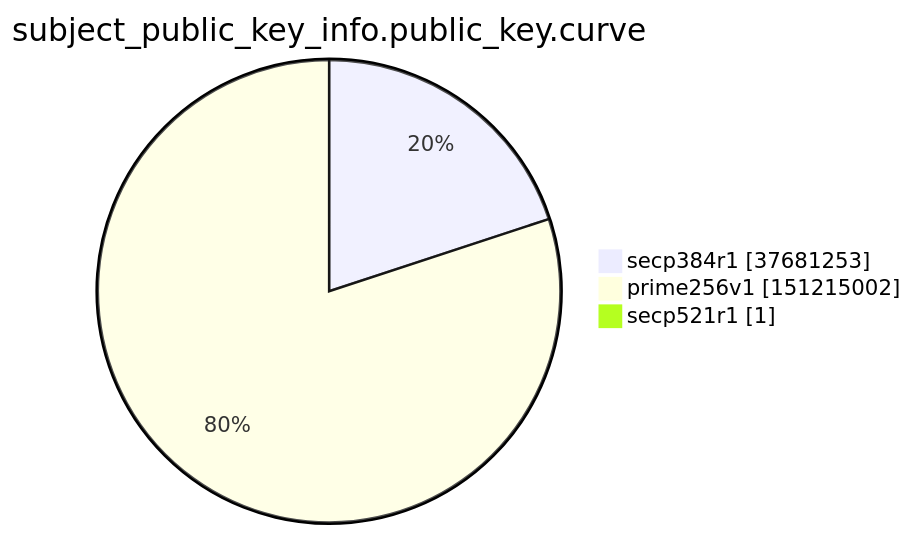
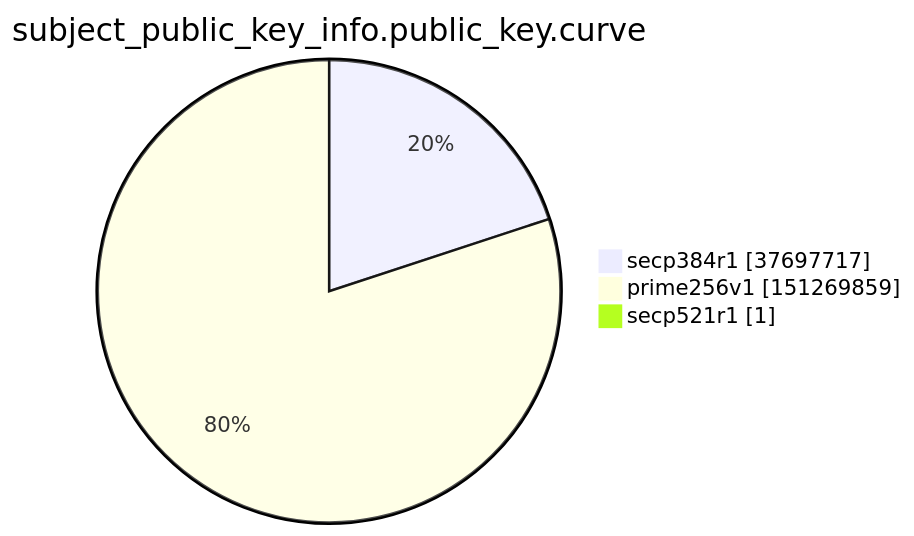
The ninth of 15 diagrams in xenon2022/README.md (christiankrug/ctmonitor_visualization), drawn with Mermaid before and after one commit. The commit also changed other lines of this file, not shown here.

````diff
--- a/xenon2022/README.md
+++ b/xenon2022/README.md
@@ -2859,7 +2859,7 @@
 ```mermaid
 pie showData
 title subject_public_key_info.public_key.curve
-"secp384r1" :37681253
-"prime256v1" :151215002
+"secp384r1" :37697717
+"prime256v1" :151269859
 "secp521r1" :1
 ```
````
